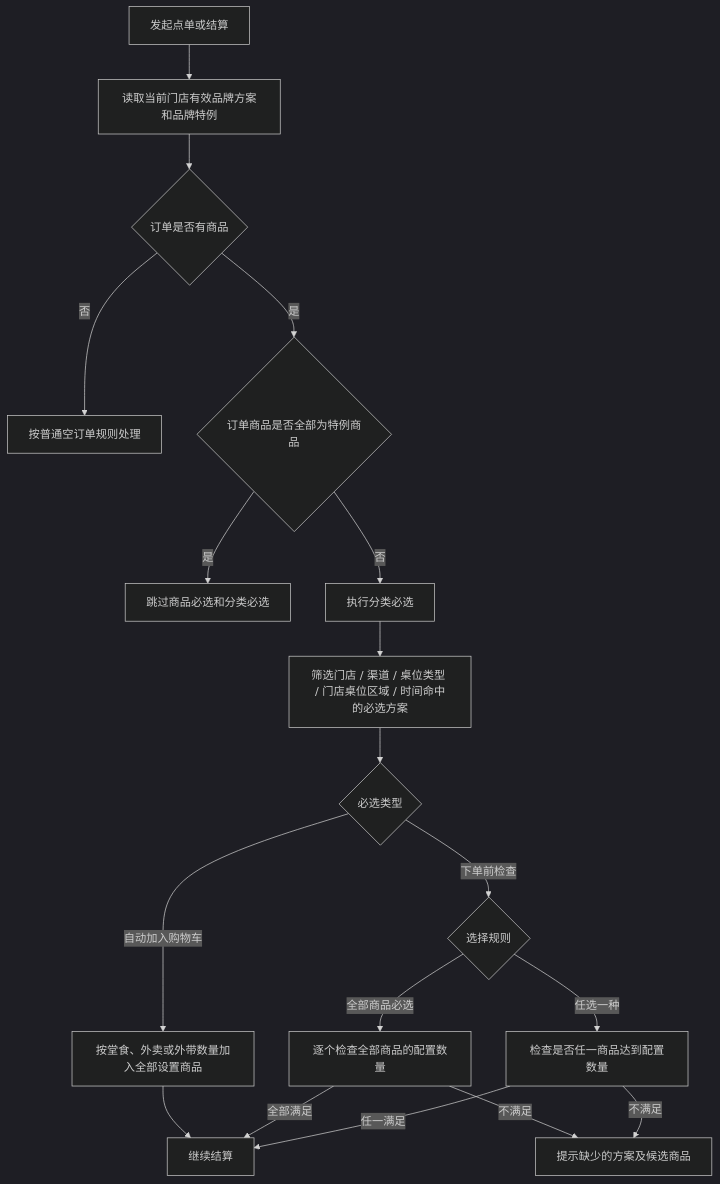
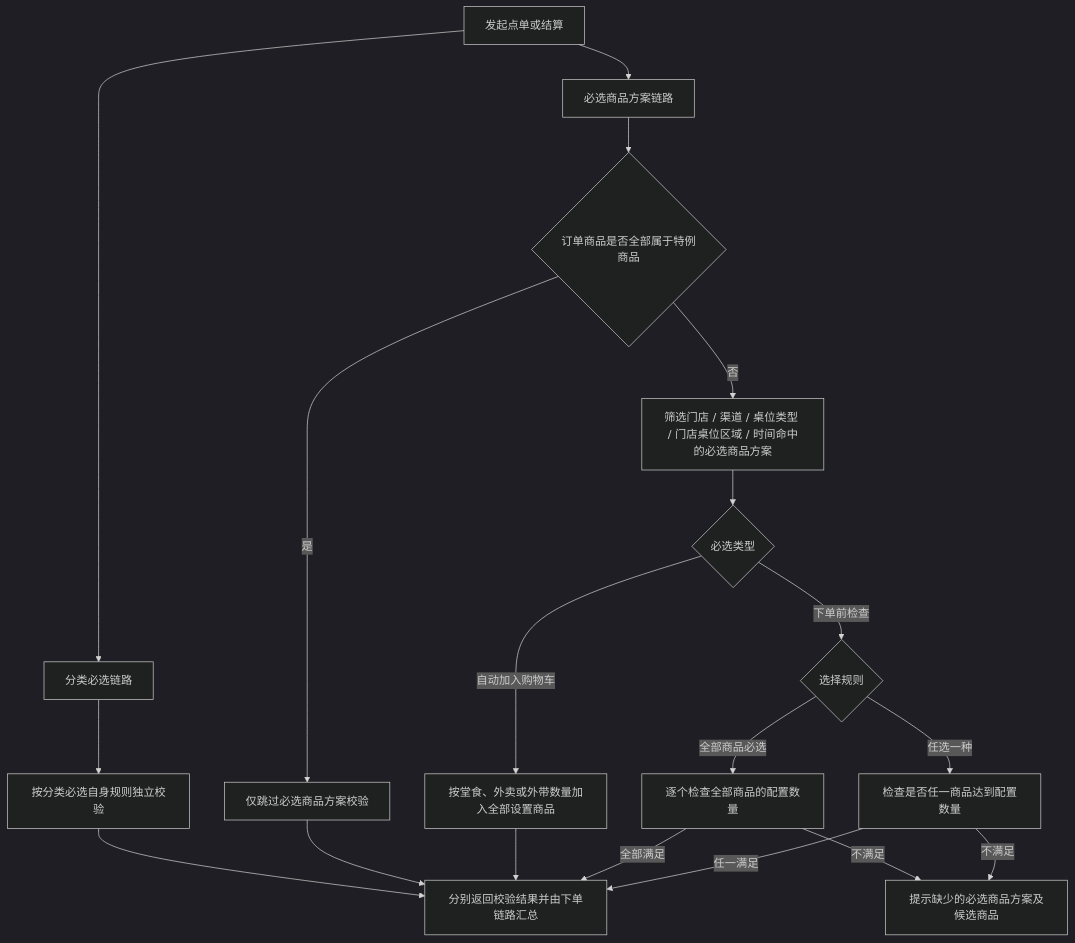
One commit to honmeytown10-code/product-center changed the third of 3 diagrams in docs/需求文档/必选商品/P01-必选商品方案与门店执行.md. Above: the diagram before and after it, drawn with Mermaid (dark theme). The commit also changed other lines of this file and 3 other files, not shown here.

````diff
--- a/docs/需求文档/必选商品/P01-必选商品方案与门店执行.md
+++ b/docs/需求文档/必选商品/P01-必选商品方案与门店执行.md
@@ -98,20 +98,21 @@
 ```mermaid
 flowchart TD
-  A[发起点单或结算] --> B[读取当前门店有效品牌方案和品牌特例]
-  B --> C{订单是否有商品}
-  C -- 否 --> Z[按普通空订单规则处理]
-  C -- 是 --> D{订单商品是否全部为特例商品}
-  D -- 是 --> Y[跳过商品必选和分类必选]
-  D -- 否 --> E[执行分类必选]
-  E --> F[筛选门店 / 渠道 / 桌位类型 / 门店桌位区域 / 时间命中的必选方案]
+  A[发起点单或结算] --> B[分类必选链路]
+  A --> C[必选商品方案链路]
+  B --> B1[按分类必选自身规则独立校验]
+  C --> D{订单商品是否全部属于特例商品}
+  D -- 是 --> Y[仅跳过必选商品方案校验]
+  D -- 否 --> F[筛选门店 / 渠道 / 桌位类型 / 门店桌位区域 / 时间命中的必选商品方案]
   F --> G{必选类型}
   G -- 自动加入购物车 --> H[按堂食、外卖或外带数量加入全部设置商品]
   G -- 下单前检查 --> I{选择规则}
   I -- 全部商品必选 --> L[逐个检查全部商品的配置数量]
   I -- 任选一种 --> M[检查是否任一商品达到配置数量]
-  H --> J[继续结算]
+  B1 --> J[分别返回校验结果并由下单链路汇总]
+  Y --> J
+  H --> J
   L -- 全部满足 --> J
   M -- 任一满足 --> J
-  L -- 不满足 --> K[提示缺少的方案及候选商品]
+  L -- 不满足 --> K[提示缺少的必选商品方案及候选商品]
   M -- 不满足 --> K
 ```
````
